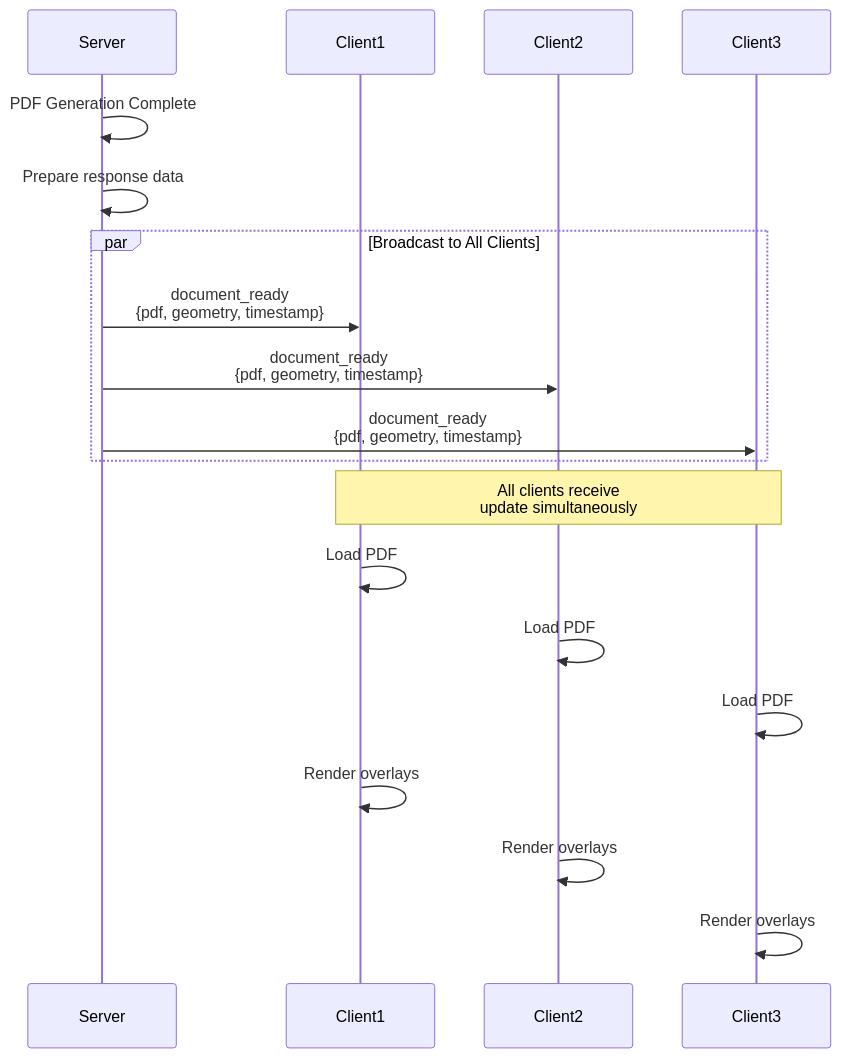
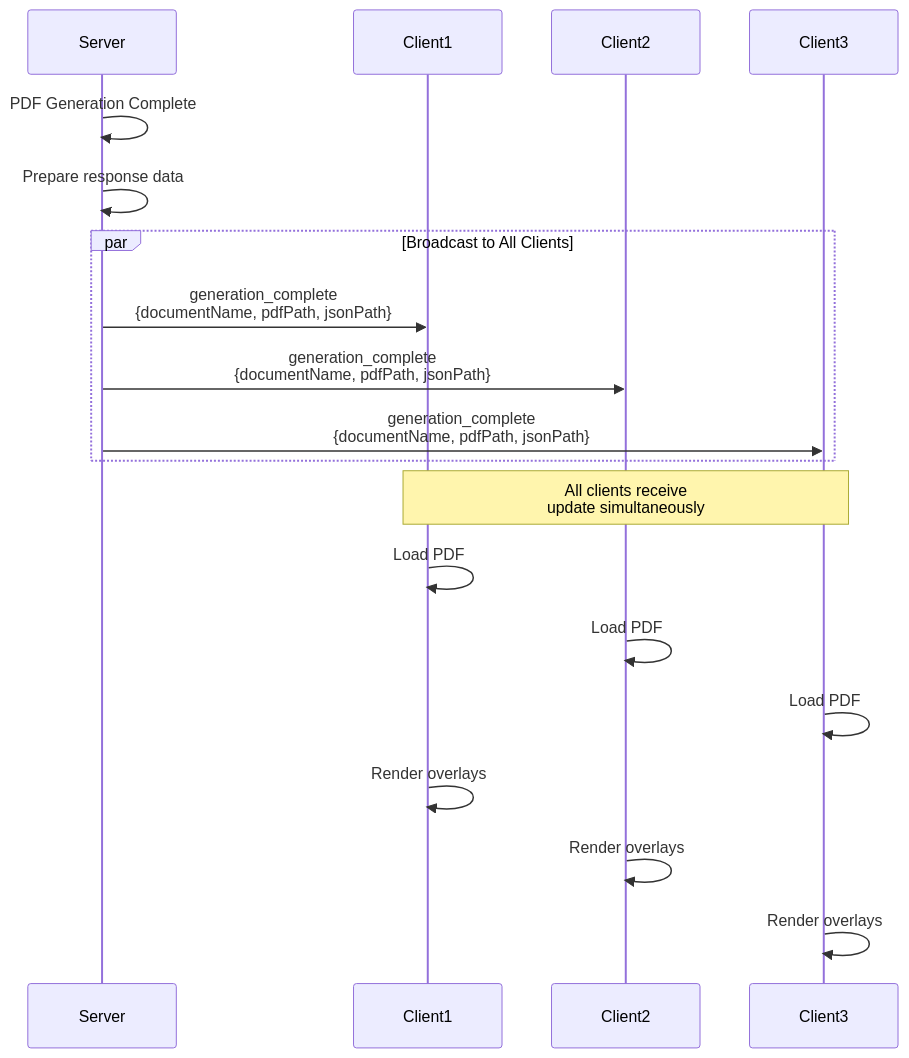
One commit to AmChella/prototype-pdf-object-overlay changed the eighth of 13 diagrams in dev-docs/workflows/XML-TO-PDF-PIPELINE.md. Above: the diagram before and after it, drawn with Mermaid. The commit also changed other lines of this file and 9 other files, not shown here.

````diff
--- a/dev-docs/workflows/XML-TO-PDF-PIPELINE.md
+++ b/dev-docs/workflows/XML-TO-PDF-PIPELINE.md
@@ -402,26 +402,26 @@
 ```mermaid
 sequenceDiagram
     participant Server
     participant Client1
     participant Client2
     participant Client3
     
     Server->>Server: PDF Generation Complete
     Server->>Server: Prepare response data
     
     par Broadcast to All Clients
-        Server->>Client1: document_ready<br/>{pdf, geometry, timestamp}
-        Server->>Client2: document_ready<br/>{pdf, geometry, timestamp}
-        Server->>Client3: document_ready<br/>{pdf, geometry, timestamp}
+        Server->>Client1: generation_complete<br/>{documentName, pdfPath, jsonPath}
+        Server->>Client2: generation_complete<br/>{documentName, pdfPath, jsonPath}
+        Server->>Client3: generation_complete<br/>{documentName, pdfPath, jsonPath}
     end
     
     Note over Client1,Client3: All clients receive<br/>update simultaneously
     
     Client1->>Client1: Load PDF
     Client2->>Client2: Load PDF
     Client3->>Client3: Load PDF
     
     Client1->>Client1: Render overlays
     Client2->>Client2: Render overlays
     Client3->>Client3: Render overlays
 ```
````
